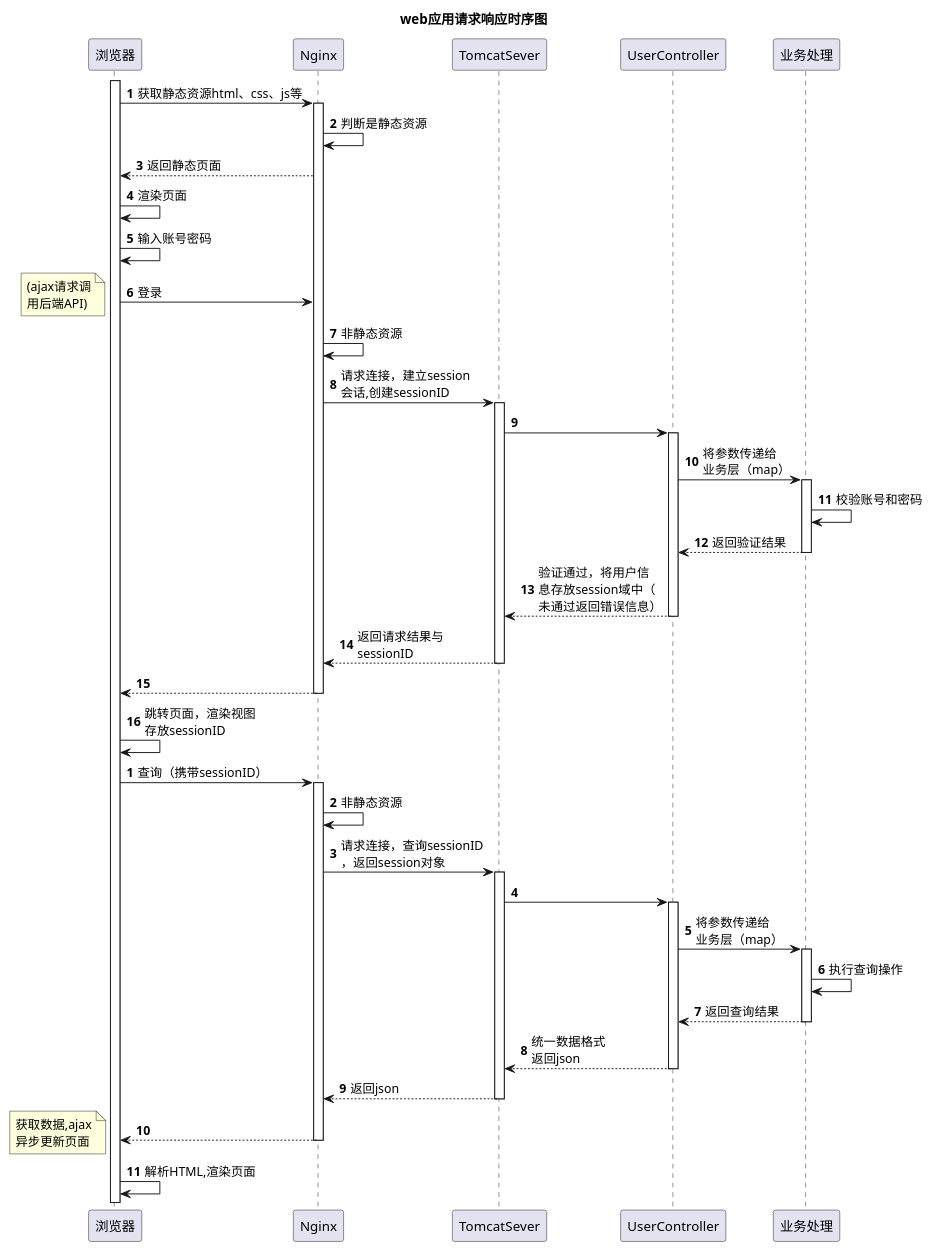
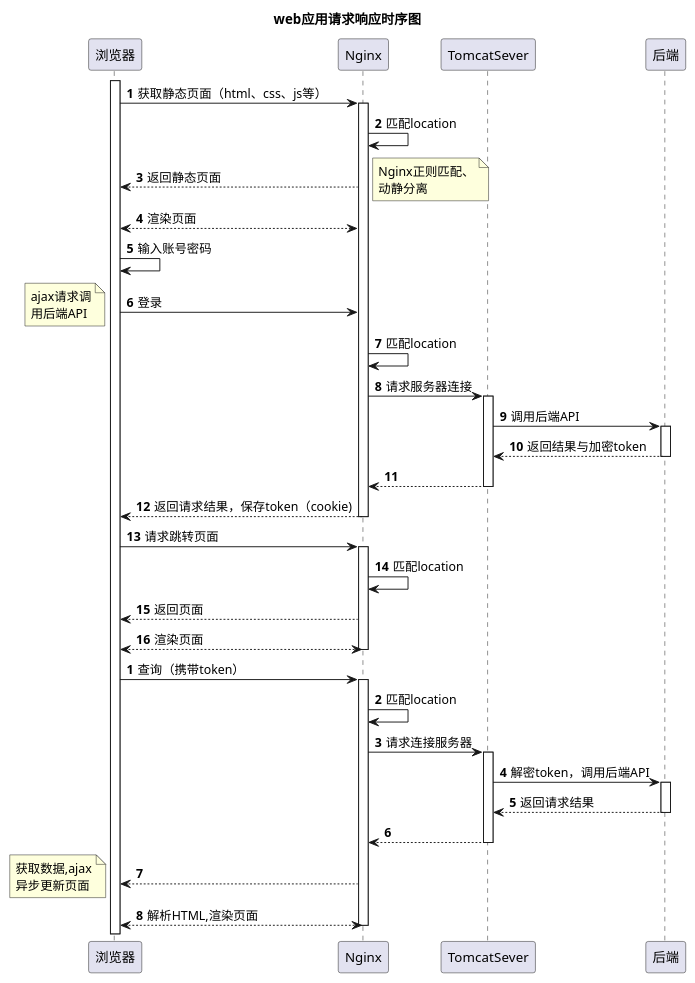
Before and after one commit to shasha-xie/Web-Interaction-Model: the diagram in webhttp.puml, drawn with PlantUML.

```diff
--- a/webhttp.puml
+++ b/webhttp.puml
@@ -1,78 +1,74 @@
 @startuml
 'https://plantuml.com/sequence-diagram
 
 'Alice -> Bob: Authentication Request
 'Bob --> Alice: Authentication Response
 '
 'Alice -> Bob: Another authentication Request
 'Alice <-- Bob: another authentication Response
 
 'actor user #red
 'boundary 边界 #blue
 'control 控制 #green
 'entity 实体  #pink
 'database 数据库 #yellow
 
 title web应用请求响应时序图
 
 autonumber
 activate 浏览器
-浏览器 ->Nginx:获取静态资源html、css、js等
+浏览器 ->Nginx:获取静态页面（html、css、js等）
 activate Nginx
-Nginx ->Nginx:判断是静态资源
+Nginx ->Nginx:匹配location
 Nginx-->浏览器:返回静态页面
-浏览器 ->浏览器 :渲染页面
+note right:Nginx正则匹配、\n动静分离
+浏览器<-->Nginx:渲染页面
 浏览器 ->浏览器 :输入账号密码
 浏览器 ->Nginx:登录
 
-note left:(ajax请求调\n用后端API)
-Nginx ->Nginx:非静态资源
-Nginx -> TomcatSever:请求连接，建立session\n会话,创建sessionID
+note left:ajax请求调\n用后端API
+Nginx ->Nginx:匹配location
+Nginx -> TomcatSever:请求服务器连接
 
 activate TomcatSever
-TomcatSever-> UserController
-activate UserController
-UserController->业务处理:将参数传递给\n业务层（map）
+TomcatSever-> 后端:调用后端API
+activate 后端
 
-activate 业务处理
-业务处理 -> 业务处理:校验账号和密码
-业务处理 -->UserController:返回验证结果
-deactivate 业务处理
 
-UserController --> TomcatSever:验证通过，将用户信\n息存放session域中（\n未通过返回错误信息）
-deactivate UserController
+后端 --> TomcatSever:返回结果与加密token
+deactivate 后端
 
-TomcatSever-->Nginx:返回请求结果与\nsessionID
+TomcatSever-->Nginx:
 deactivate TomcatSever
 
-Nginx -->浏览器
+Nginx -->浏览器:返回请求结果，保存token（cookie)
 deactivate Nginx
-浏览器 -> 浏览器:跳转页面，渲染视图\n存放sessionID
+浏览器 -> Nginx:请求跳转页面
+activate Nginx
+Nginx ->Nginx:匹配location
 
-'
+浏览器<-- Nginx:返回页面
+浏览器<-->Nginx:渲染页面
+deactivate Nginx
+
 autonumber
-浏览器 -> Nginx:查询（携带sessionID）
+浏览器 -> Nginx:查询（携带token）
 activate Nginx
-Nginx ->Nginx:非静态资源
-Nginx -> TomcatSever:请求连接，查询sessionID\n，返回session对象
+Nginx ->Nginx:匹配location
+Nginx -> TomcatSever:请求连接服务器
 activate TomcatSever
-TomcatSever -> UserController
-activate UserController
-UserController -> 业务处理:将参数传递给\n业务层（map）
-activate 业务处理
-业务处理 ->业务处理:执行查询操作
-UserController <-- 业务处理:返回查询结果
-deactivate 业务处理
-TomcatSever <-- UserController:统一数据格式\n返回json
+TomcatSever -> 后端:解密token，调用后端API
+activate 后端
 
-deactivate UserController
-Nginx <-- TomcatSever:返回json
+TomcatSever <-- 后端:返回请求结果
+
+deactivate 后端
+Nginx <-- TomcatSever:
 
 deactivate TomcatSever
 
 浏览器 <--Nginx
 note left:获取数据,ajax\n异步更新页面
+浏览器<-->Nginx:解析HTML,渲染页面
 deactivate Nginx
-浏览器->浏览器:解析HTML,渲染页面
-
 @enduml
```
